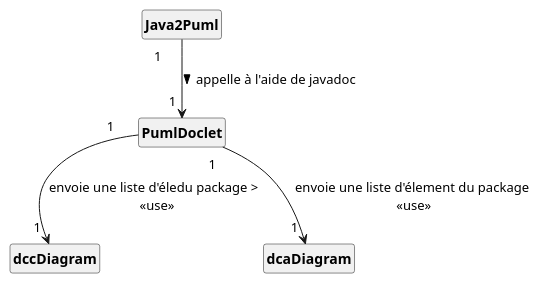
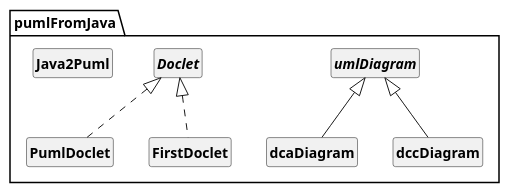
Before and after one commit to yassinkioua/Projet-PumlFromJava: the diagram in uml/DCA_pumlFromJava.puml, drawn with PlantUML. The commit also changed 57 other files, not shown here.

Commit message:
Dernière maj des rapports et des diagrammes

```diff
--- a/uml/DCA_pumlFromJava.puml
+++ b/uml/DCA_pumlFromJava.puml
@@ -1,19 +1,27 @@
 @startuml
-'https://plantuml.com/class-diagram
-skinparam classAttributeIconSize 0
+'https://plantuml.com/class-diagram 
+ skinparam classAttributeIconSize 0 
 skinparam classFontStyle Bold
 skinparam style strictuml
 hide empty members
+package pumlFromJava{
+class dcaDiagram extends umlDiagram{ 
 
-class PumlDoclet
-class dccDiagram
-class Java2Puml
-class dcaDiagram
-'enum PumlType
+ } 
+class PumlDoclet implements Doclet{ 
 
-Java2Puml " 1\t" --> "\t1" PumlDoclet : appelle à l'aide de javadoc >
-PumlDoclet " 1\t" --> "\t1" dcaDiagram  : envoie une liste d'élement du package \n<<use>>
-PumlDoclet " 1\t" --> "\t1" dccDiagram : envoie une liste d'éledu package > \n <<use>>
+ } 
+class FirstDoclet implements Doclet{ 
 
+ } 
+class Java2Puml{ 
 
+ } 
+abstract class umlDiagram{ 
+
+ } 
+class dccDiagram extends umlDiagram{ 
+
+ } 
+}
 @enduml
```
